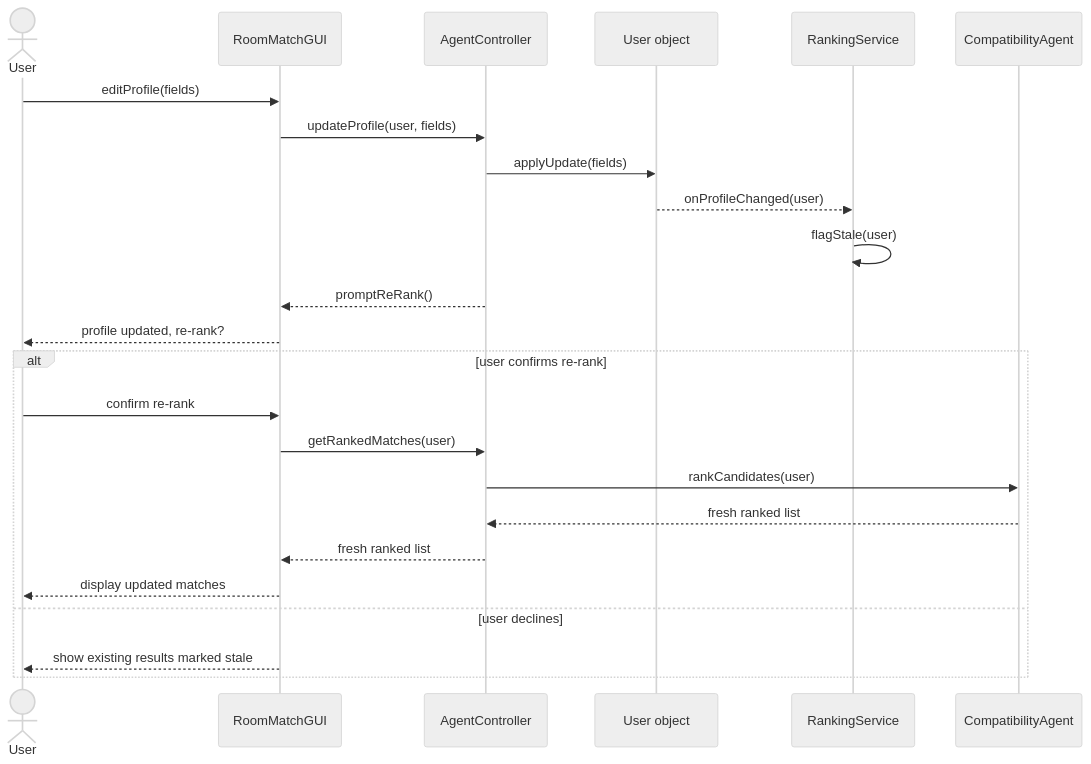
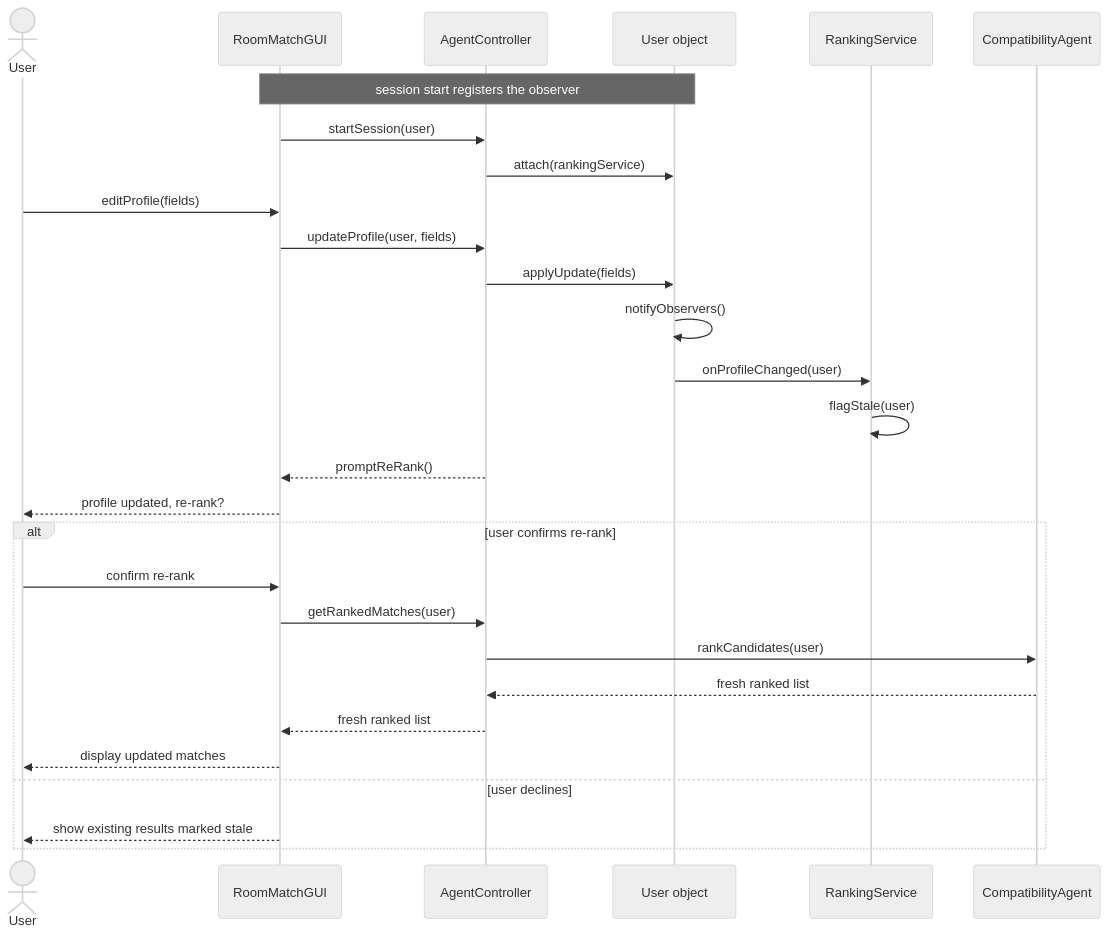
Before and after one commit to hewitt01/Roommate-Matcher: the fifth of 9 diagrams in docs/stage1-report.md, drawn with Mermaid (neutral theme). The commit also changed other lines of this file, not shown here.

First line of the commit message:
Revise UML class diagram and update explanations

````diff
--- a/docs/stage1-report.md
+++ b/docs/stage1-report.md
@@ -308,27 +320,31 @@
 ```mermaid
 sequenceDiagram
   actor User
   participant GUI as RoomMatchGUI
   participant AC as AgentController
   participant UM as User object
   participant RS as RankingService
   participant CA as CompatibilityAgent
 
+  Note over GUI,UM: session start registers the observer
+  GUI->>AC: startSession(user)
+  AC->>UM: attach(rankingService)
   User->>GUI: editProfile(fields)
   GUI->>AC: updateProfile(user, fields)
   AC->>UM: applyUpdate(fields)
-  UM-->>RS: onProfileChanged(user)
+  UM->>UM: notifyObservers()
+  UM->>RS: onProfileChanged(user)
   RS->>RS: flagStale(user)
   AC-->>GUI: promptReRank()
   GUI-->>User: profile updated, re-rank?
   alt user confirms re-rank
     User->>GUI: confirm re-rank
     GUI->>AC: getRankedMatches(user)
     AC->>CA: rankCandidates(user)
     CA-->>AC: fresh ranked list
     AC-->>GUI: fresh ranked list
     GUI-->>User: display updated matches
   else user declines
     GUI-->>User: show existing results marked stale
   end
 ```
````
